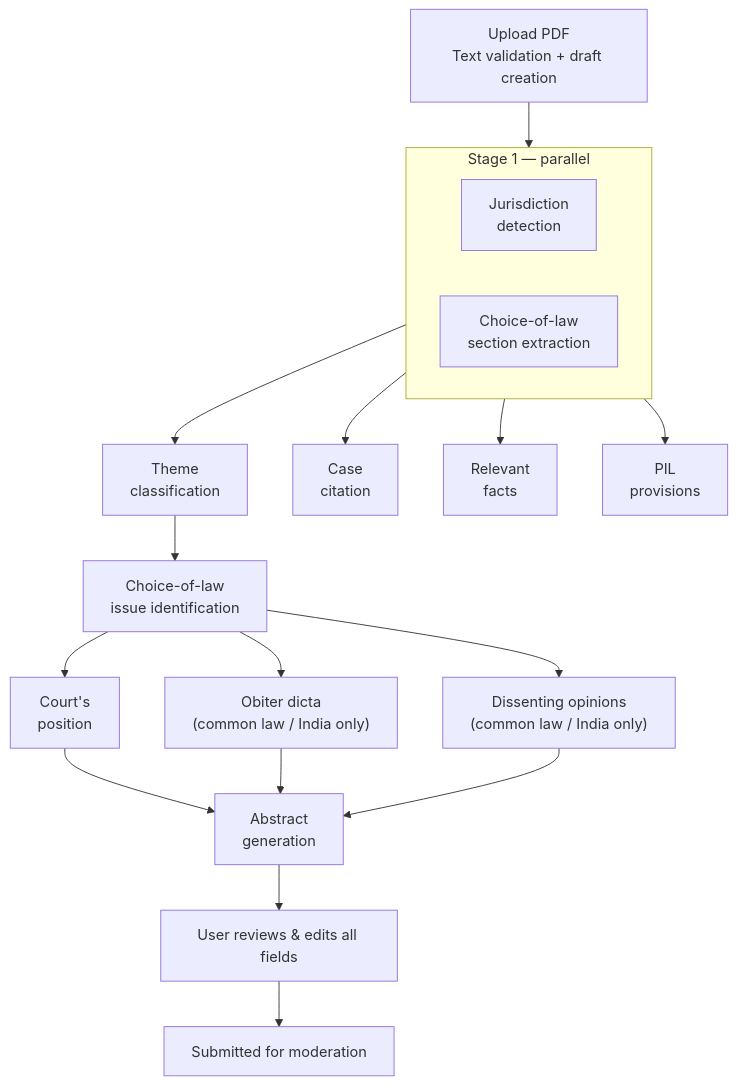
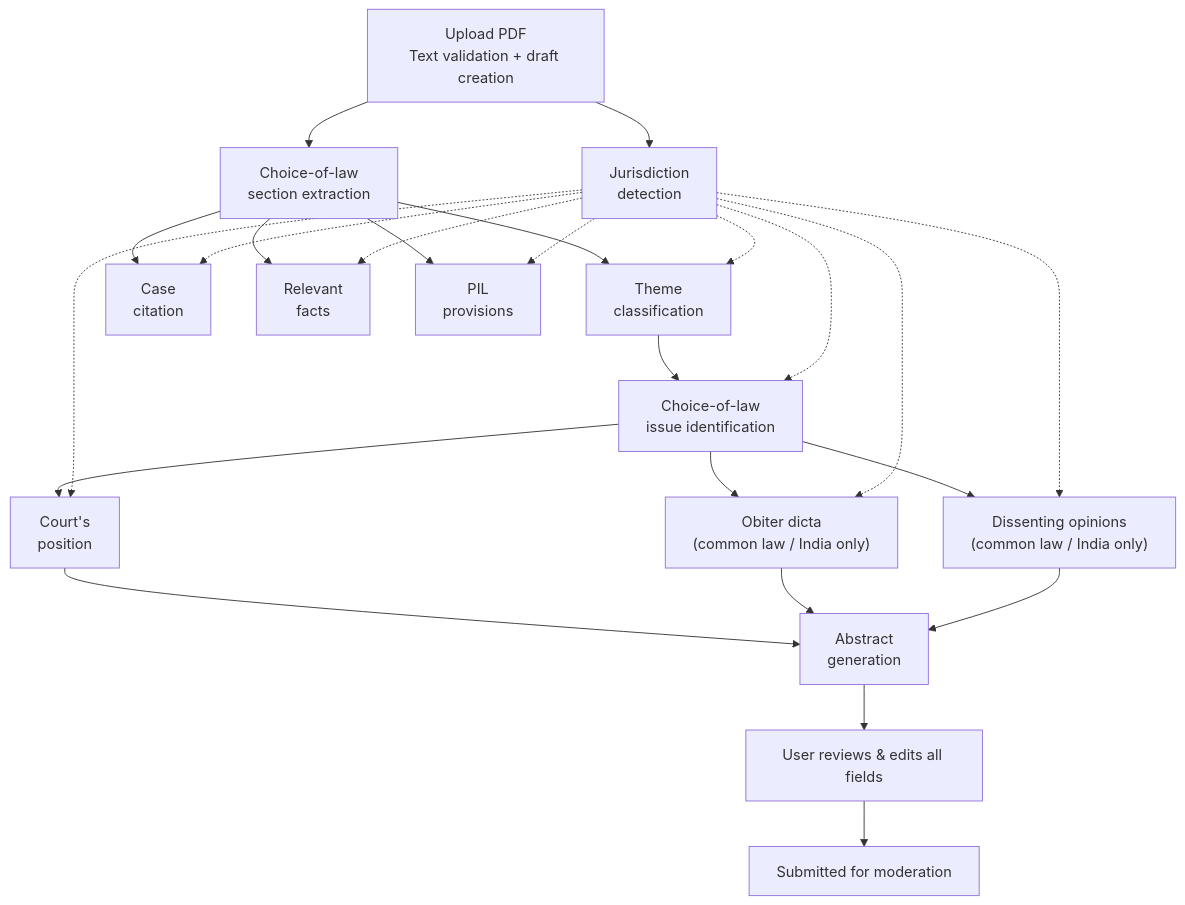
The second of 2 diagrams in README.md (Choice-of-Law-Dataverse/cold-web-app), drawn with Mermaid before and after one commit. The commit also changed other lines of this file, not shown here.

Commit message:
docs: show jurisdiction's dependency in the diagram with dotted edges
The previous "Stage 1 — parallel" subgraph just labelled the parallel
group instead of using a diagram feature to express that jurisdiction
feeds every later step. Replace with explicit mermaid edges: solid
arrows for data flow (col_section's text), dotted arrows from the
Jurisdiction node to every step that consumes it for prompt-variant
selection and obiter/dissent gating. The legend in the surrounding
prose explains the two edge styles.

````diff
--- a/README.md
+++ b/README.md
@@ -91,30 +91,33 @@
 ```mermaid
 flowchart TD
     Upload["Upload PDF\nText validation + draft creation"]
+    Upload --> Jur["Jurisdiction\ndetection"]
+    Upload --> CoL["Choice-of-law\nsection extraction"]
 
-    subgraph Stage1 [Stage 1 — parallel]
-        direction LR
-        Jur["Jurisdiction\ndetection"]
-        CoL["Choice-of-law\nsection extraction"]
-    end
+    CoL --> Themes["Theme\nclassification"]
+    CoL --> Citation["Case\ncitation"]
+    CoL --> Facts["Relevant\nfacts"]
+    CoL --> PIL["PIL\nprovisions"]
 
-    Upload --> Stage1
-
-    Stage1 --> Themes["Theme\nclassification"]
-    Stage1 --> Citation["Case\ncitation"]
-    Stage1 --> Facts["Relevant\nfacts"]
-    Stage1 --> PIL["PIL\nprovisions"]
+    Jur -.-> Themes
+    Jur -.-> Citation
+    Jur -.-> Facts
+    Jur -.-> PIL
 
     Themes --> Issue["Choice-of-law\nissue identification"]
+    Jur -.-> Issue
 
     Issue --> Position["Court's\nposition"]
     Issue --> Obiter["Obiter dicta\n(common law / India only)"]
     Issue --> Dissent["Dissenting opinions\n(common law / India only)"]
+    Jur -.-> Position
+    Jur -.-> Obiter
+    Jur -.-> Dissent
 
     Position --> Abstract["Abstract\ngeneration"]
     Obiter --> Abstract
     Dissent --> Abstract
 
     Abstract --> Review["User reviews & edits all fields"]
     Review --> Submit["Submitted for moderation"]
 ```
````
